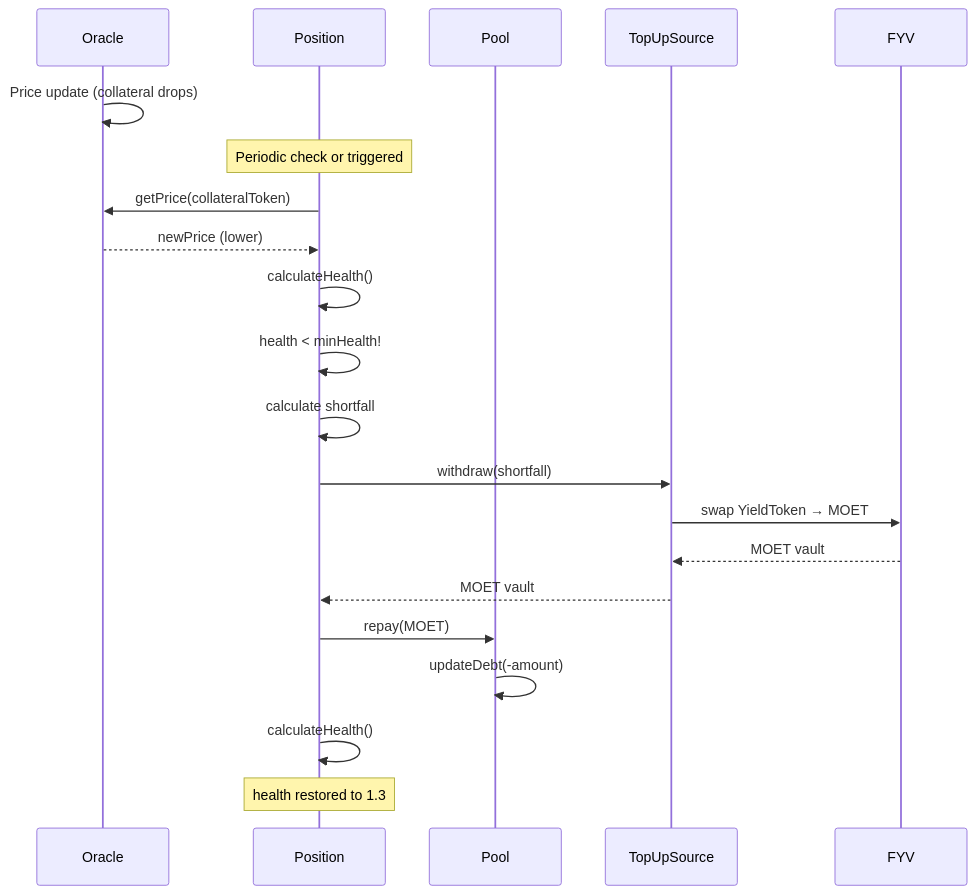
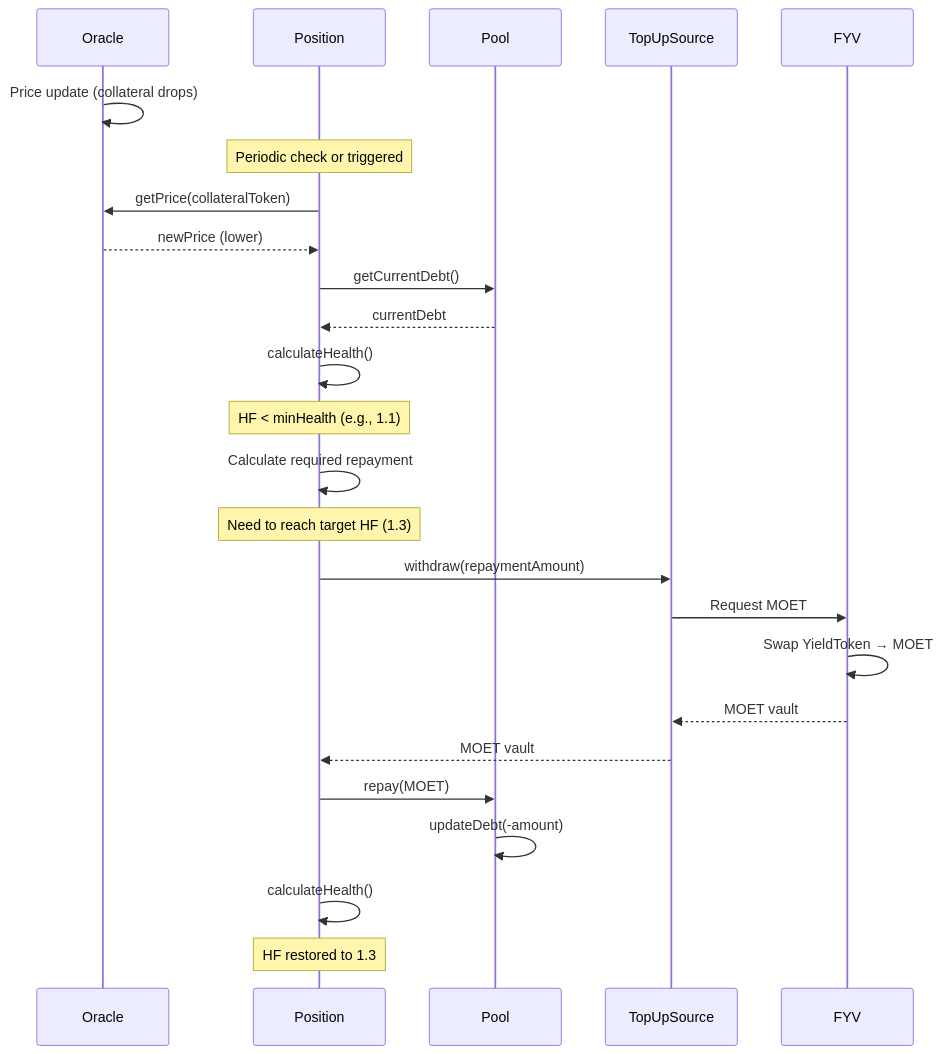
One commit to onflow/docs changed the third of 3 diagrams in docs/defi/fcm/architecture.md. Above: the diagram before and after it, drawn with Mermaid. The commit also changed other lines of this file and 4 other files, not shown here.

````diff
--- a/docs/defi/fcm/architecture.md
+++ b/docs/defi/fcm/architecture.md
@@ -252,31 +270,36 @@
 ```mermaid
 sequenceDiagram
     participant Oracle
     participant Position
     participant Pool
     participant TopUpSource
     participant FYV
 
     Oracle->>Oracle: Price update (collateral drops)
 
     Note over Position: Periodic check or triggered
 
     Position->>Oracle: getPrice(collateralToken)
     Oracle-->>Position: newPrice (lower)
 
+    Position->>Pool: getCurrentDebt()
+    Pool-->>Position: currentDebt
+
     Position->>Position: calculateHealth()
-    Position->>Position: health < minHealth!
+    Note over Position: HF < minHealth (e.g., 1.1)
 
-    Position->>Position: calculate shortfall
-    Position->>TopUpSource: withdraw(shortfall)
+    Position->>Position: Calculate required repayment
+    Note over Position: Need to reach target HF (1.3)
 
-    TopUpSource->>FYV: swap YieldToken → MOET
+    Position->>TopUpSource: withdraw(repaymentAmount)
+    TopUpSource->>FYV: Request MOET
+    FYV->>FYV: Swap YieldToken → MOET
     FYV-->>TopUpSource: MOET vault
     TopUpSource-->>Position: MOET vault
 
     Position->>Pool: repay(MOET)
     Pool->>Pool: updateDebt(-amount)
 
     Position->>Position: calculateHealth()
-    Note over Position: health restored to 1.3
+    Note over Position: HF restored to 1.3
 ```
````
